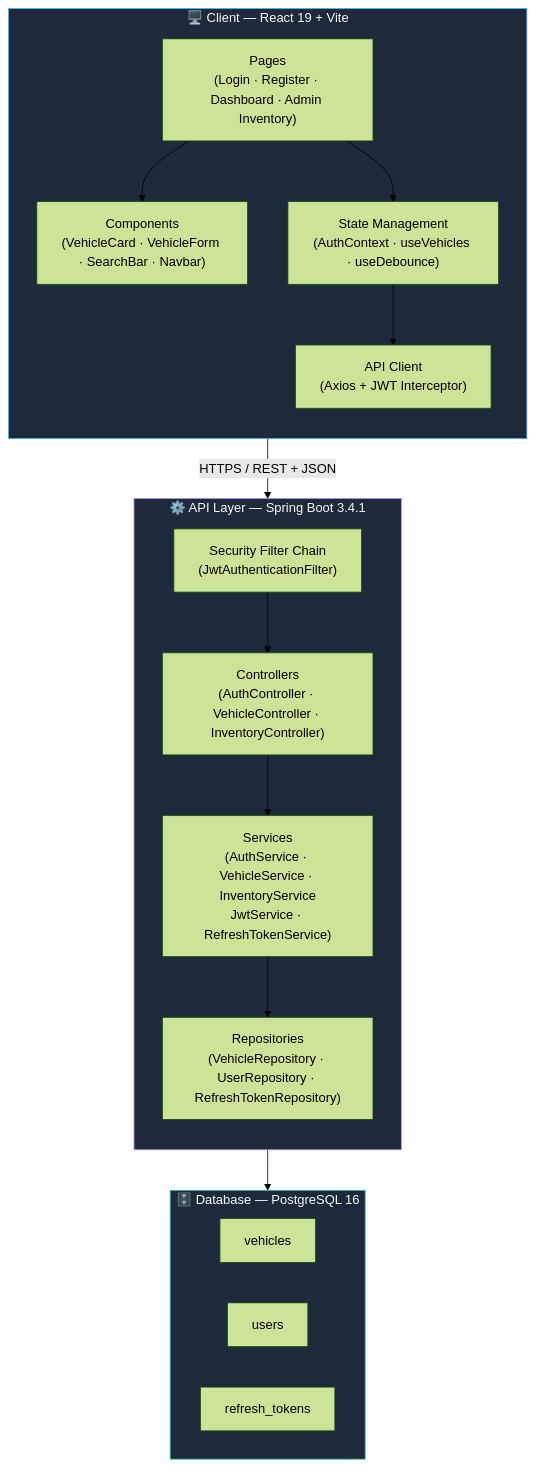
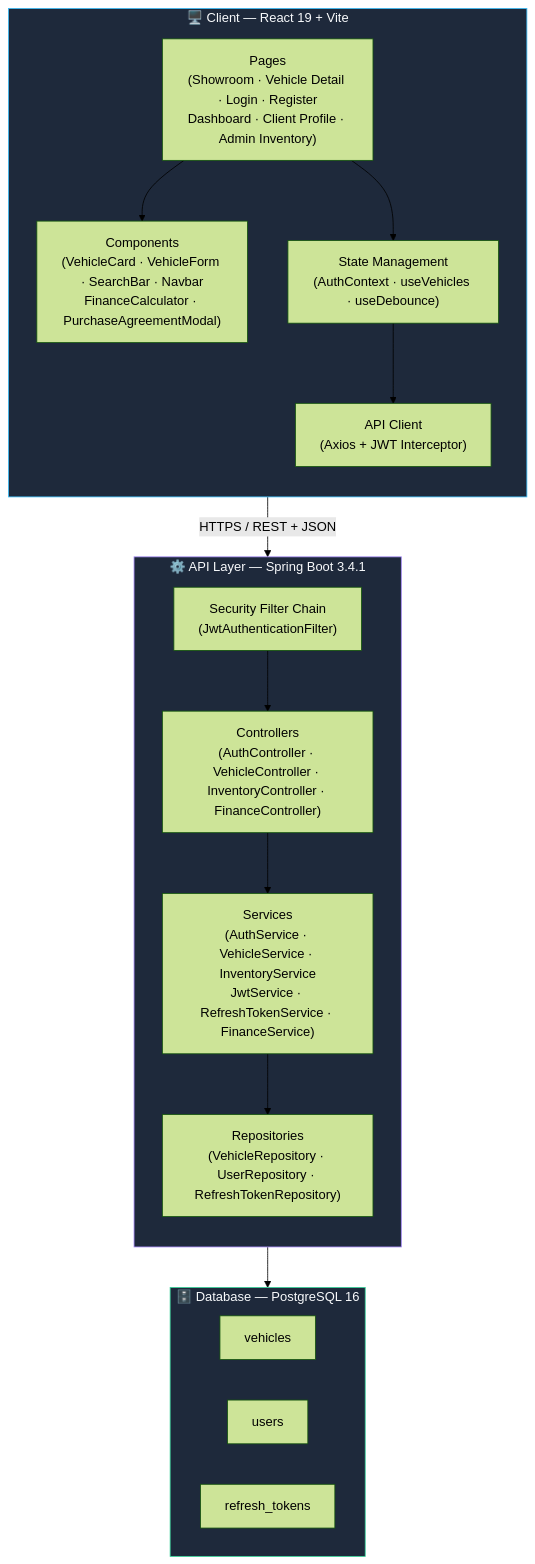
Before and after one commit to henil-suchak/car-dealership-inventory-system: the first of 12 diagrams in docs/ARCHITECTURE.md, drawn with Mermaid (forest theme). The commit also changed other lines of this file and 4 other files, not shown here.

Commit message:
docs: update all documentation with Finance Calculator and new Showroom features

````diff
--- a/docs/ARCHITECTURE.md
+++ b/docs/ARCHITECTURE.md
@@ -28,38 +28,38 @@
 ```mermaid
 flowchart TB
     subgraph Client["🖥️ Client — React 19 + Vite"]
         direction TB
-        Pages["Pages<br/>(Login · Register · Dashboard · Admin Inventory)"]
-        Components["Components<br/>(VehicleCard · VehicleForm · SearchBar · Navbar)"]
+        Pages["Pages<br/>(Showroom · Vehicle Detail · Login · Register<br/>Dashboard · Client Profile · Admin Inventory)"]
+        Components["Components<br/>(VehicleCard · VehicleForm · SearchBar · Navbar<br/>FinanceCalculator · PurchaseAgreementModal)"]
         State["State Management<br/>(AuthContext · useVehicles · useDebounce)"]
         ApiClient["API Client<br/>(Axios + JWT Interceptor)"]
         Pages --> Components
         Pages --> State
         State --> ApiClient
     end
 
     subgraph Server["⚙️ API Layer — Spring Boot 3.4.1"]
         direction TB
         SecurityFilter["Security Filter Chain<br/>(JwtAuthenticationFilter)"]
-        Controllers["Controllers<br/>(AuthController · VehicleController · InventoryController)"]
-        Services["Services<br/>(AuthService · VehicleService · InventoryService<br/>JwtService · RefreshTokenService)"]
+        Controllers["Controllers<br/>(AuthController · VehicleController · InventoryController · FinanceController)"]
+        Services["Services<br/>(AuthService · VehicleService · InventoryService<br/>JwtService · RefreshTokenService · FinanceService)"]
         Repositories["Repositories<br/>(VehicleRepository · UserRepository · RefreshTokenRepository)"]
         SecurityFilter --> Controllers
         Controllers --> Services
         Services --> Repositories
     end
 
     subgraph DataStore["🗄️ Database — PostgreSQL 16"]
         direction LR
         VehicleTable["vehicles"]
         UserTable["users"]
         RefreshTokenTable["refresh_tokens"]
     end
 
     Client -- "HTTPS / REST + JSON" --> Server
     Repositories --> DataStore
 
     style Client fill:#1e293b,stroke:#38bdf8,color:#f8fafc
     style Server fill:#1e293b,stroke:#a78bfa,color:#f8fafc
     style DataStore fill:#1e293b,stroke:#34d399,color:#f8fafc
 ```
````
